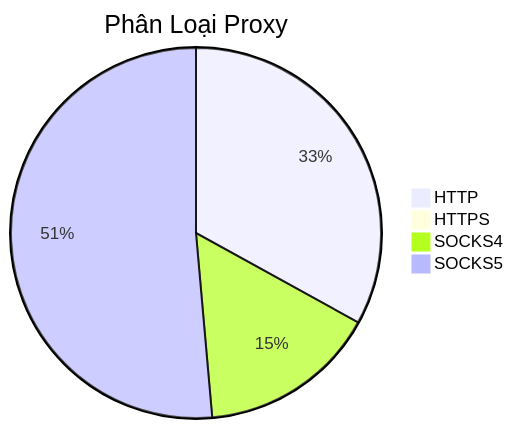
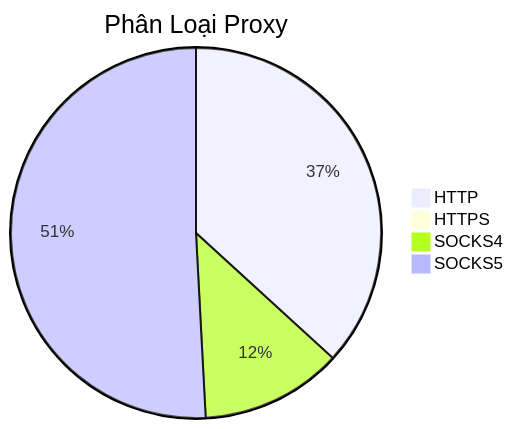
The diagram in README.md (Ciara-Aa/PROXY-free), drawn with Mermaid before and after one commit. The commit also changed other lines of this file and 4 other files, not shown here.

````diff
--- a/README.md
+++ b/README.md
@@ -26,7 +26,7 @@
 ```mermaid
 pie title Phân Loại Proxy
-    "HTTP" : 248
+    "HTTP" : 330
     "HTTPS" : 5
-    "SOCKS4" : 117
-    "SOCKS5" : 386
+    "SOCKS4" : 111
+    "SOCKS5" : 456
 ```
````
